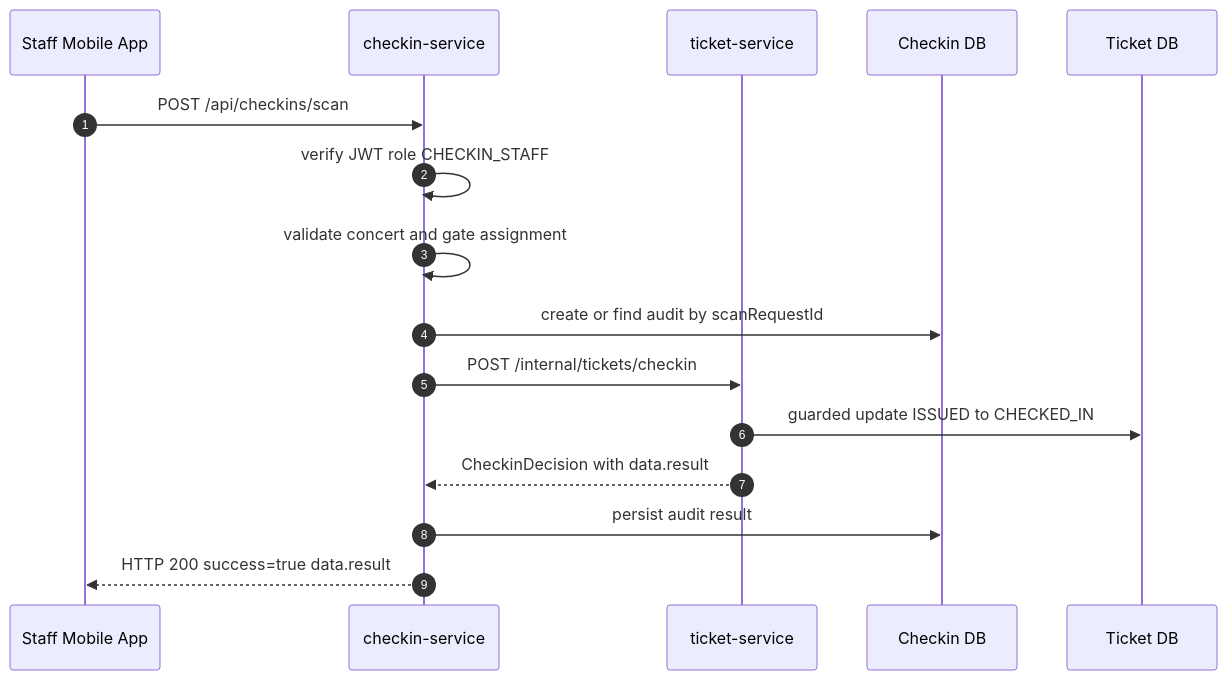
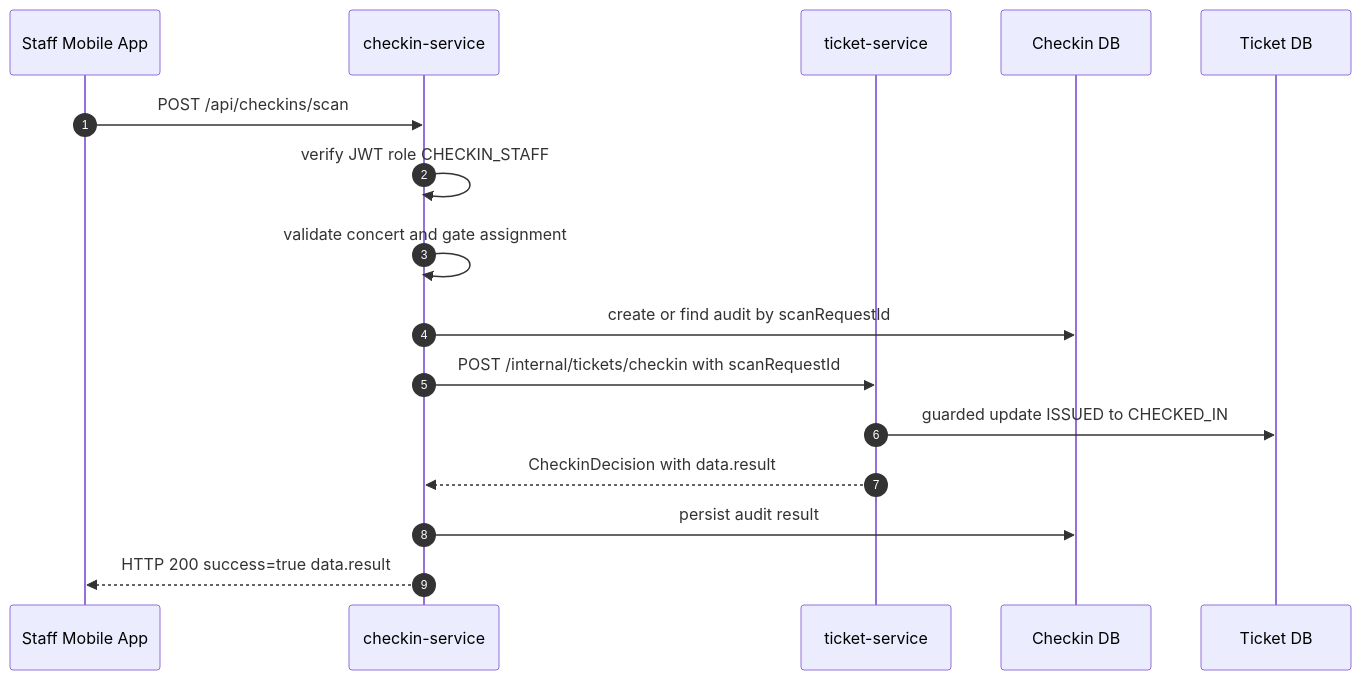
Before and after one commit to software-design-138gogo/tickefy-backend: the first of 2 diagrams in docs/contracts/flows/eticket-online-checkin-flow.md, drawn with Mermaid. The commit also changed other lines of this file and 17 other files, not shown here.

````diff
--- a/docs/contracts/flows/eticket-online-checkin-flow.md
+++ b/docs/contracts/flows/eticket-online-checkin-flow.md
@@ -43,19 +43,19 @@
 ```mermaid
 sequenceDiagram
     autonumber
     participant Mobile as Staff Mobile App
     participant Checkin as checkin-service
     participant Ticket as ticket-service
     participant CheckinDB as Checkin DB
     participant TicketDB as Ticket DB
 
     Mobile->>Checkin: POST /api/checkins/scan
     Checkin->>Checkin: verify JWT role CHECKIN_STAFF
     Checkin->>Checkin: validate concert and gate assignment
     Checkin->>CheckinDB: create or find audit by scanRequestId
-    Checkin->>Ticket: POST /internal/tickets/checkin
+    Checkin->>Ticket: POST /internal/tickets/checkin with scanRequestId
     Ticket->>TicketDB: guarded update ISSUED to CHECKED_IN
     Ticket-->>Checkin: CheckinDecision with data.result
     Checkin->>CheckinDB: persist audit result
     Checkin-->>Mobile: HTTP 200 success=true data.result
 ```
````
